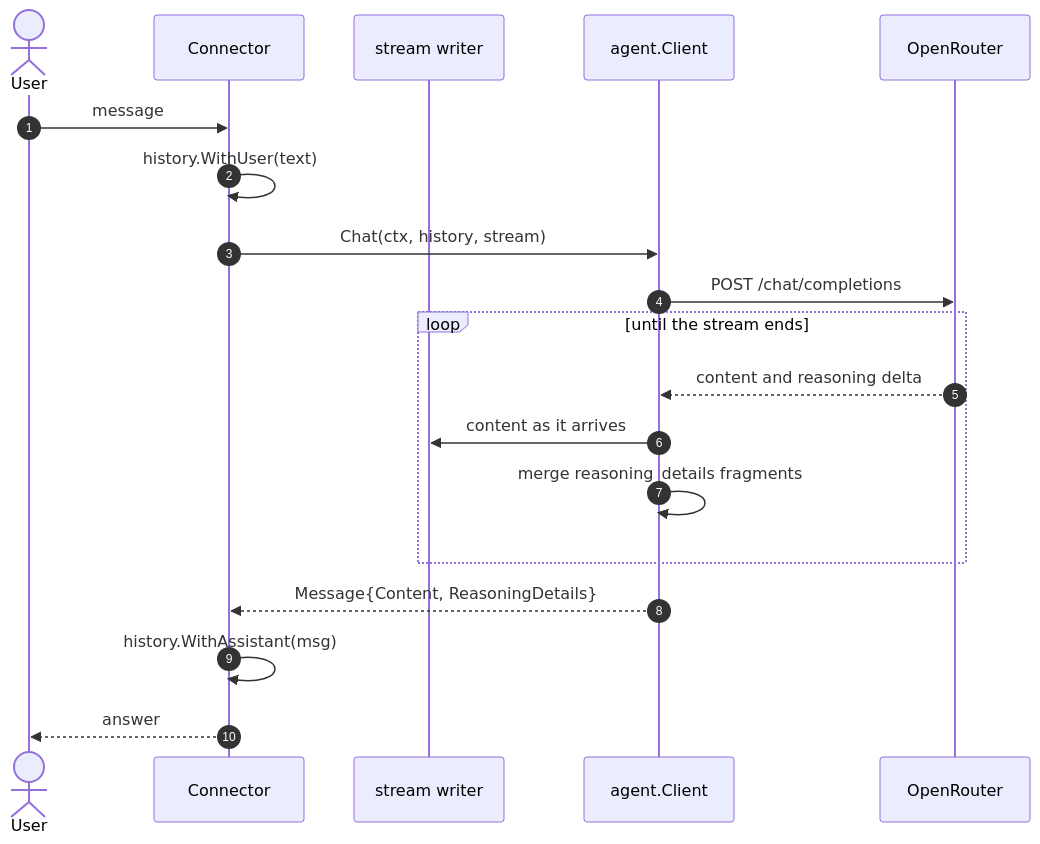
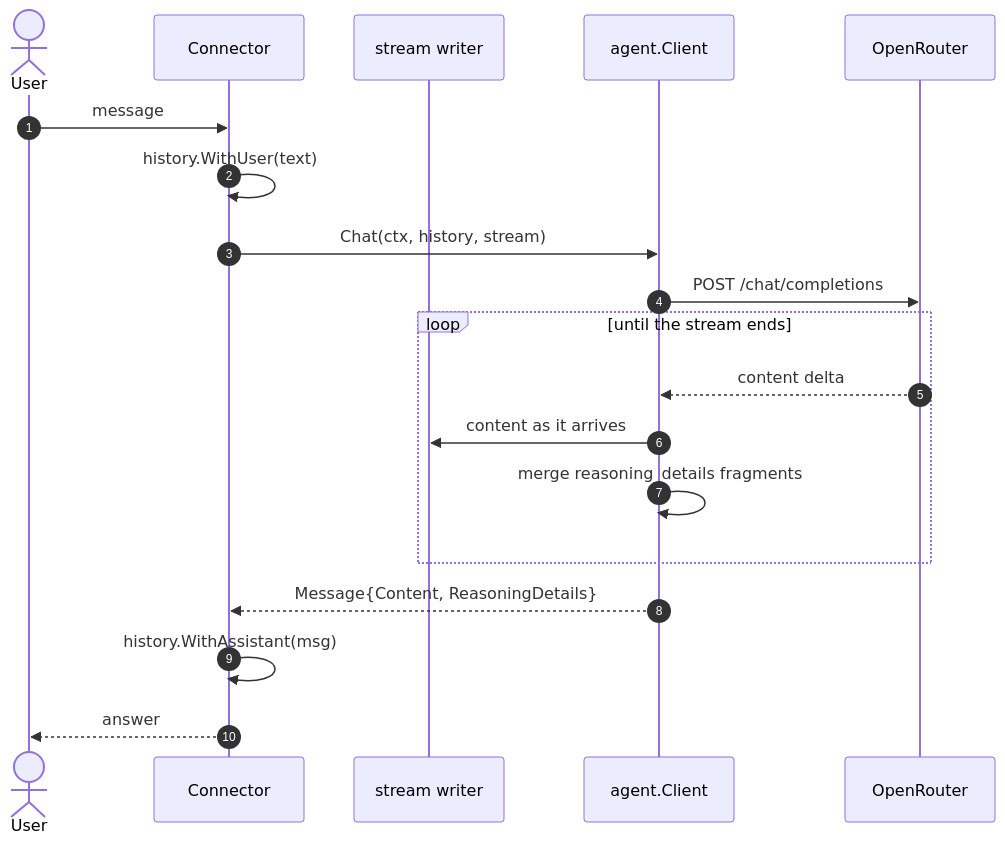
One commit to skryvets/my-agent changed the second of 2 diagrams in README.md. Above: the diagram before and after it, drawn with Mermaid. The commit also changed other lines of this file and 2 other files, not shown here.

First line of the commit message:
Say in the docs that reasoning is off

````diff
--- a/README.md
+++ b/README.md
@@ -104,24 +106,24 @@
 ```mermaid
 sequenceDiagram
     autonumber
     actor user as User
     participant conn as Connector
     participant out as stream writer
     participant agent as agent.Client
     participant api as OpenRouter
 
     user->>conn: message
     conn->>conn: history.WithUser(text)
     conn->>agent: Chat(ctx, history, stream)
     agent->>api: POST /chat/completions
 
     loop until the stream ends
-        api-->>agent: content and reasoning delta
+        api-->>agent: content delta
         agent->>out: content as it arrives
         agent->>agent: merge reasoning_details fragments
     end
 
     agent-->>conn: Message{Content, ReasoningDetails}
     conn->>conn: history.WithAssistant(msg)
     conn-->>user: answer
 ```
````
